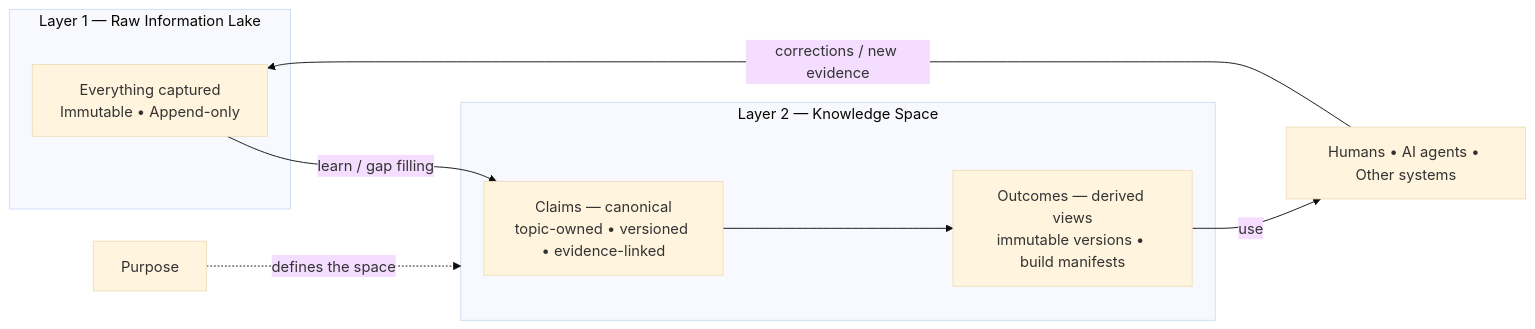
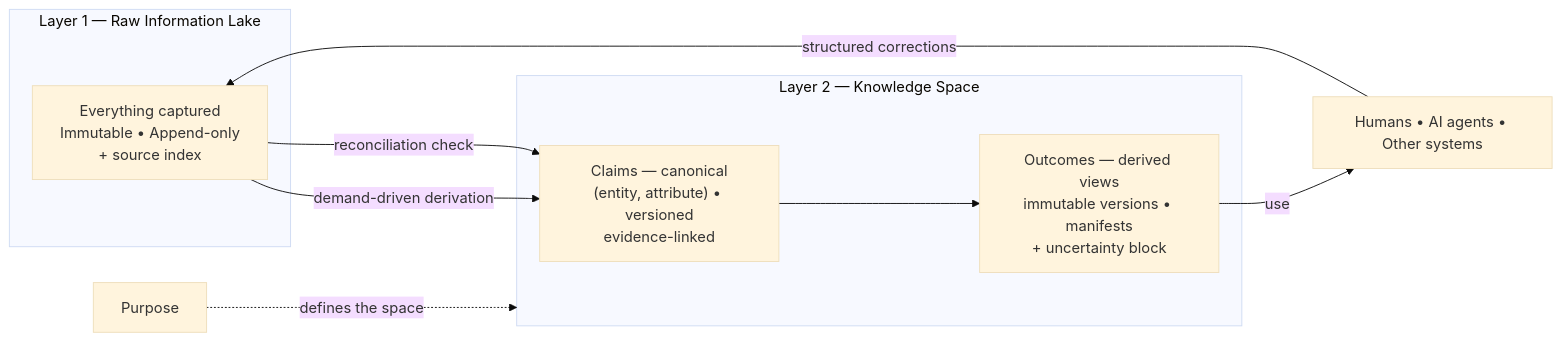
Before and after one commit to FeiniaoWang/kb: the diagram in docs/purpose-driven-personal-ai-product-vision.md, drawn with Mermaid (base theme). The commit also changed other lines of this file, not shown here.

````diff
--- a/docs/purpose-driven-personal-ai-product-vision.md
+++ b/docs/purpose-driven-personal-ai-product-vision.md
@@ -396,20 +444,21 @@
 ```mermaid
 flowchart LR
     subgraph L1["Layer 1 — Raw Information Lake"]
-        R["Everything captured<br/>Immutable • Append-only"]
+        R["Everything captured<br/>Immutable • Append-only<br/>+ source index"]
     end
 
     subgraph L2["Layer 2 — Knowledge Space"]
-        CL["Claims — canonical<br/>topic-owned • versioned • evidence-linked"]
-        OU["Outcomes — derived views<br/>immutable versions • build manifests"]
+        CL["Claims — canonical<br/>(entity, attribute) • versioned<br/>evidence-linked"]
+        OU["Outcomes — derived views<br/>immutable versions • manifests<br/>+ uncertainty block"]
         CL --> OU
     end
 
     C["Humans • AI agents • Other systems"]
     P["Purpose"]
 
-    R -->|"learn / gap filling"| CL
+    R -->|"demand-driven derivation"| CL
+    R -->|"reconciliation check"| CL
     OU -->|"use"| C
-    C -->|"corrections / new evidence"| R
+    C -->|"structured corrections"| R
     P -.->|"defines the space"| L2
 ```
````
